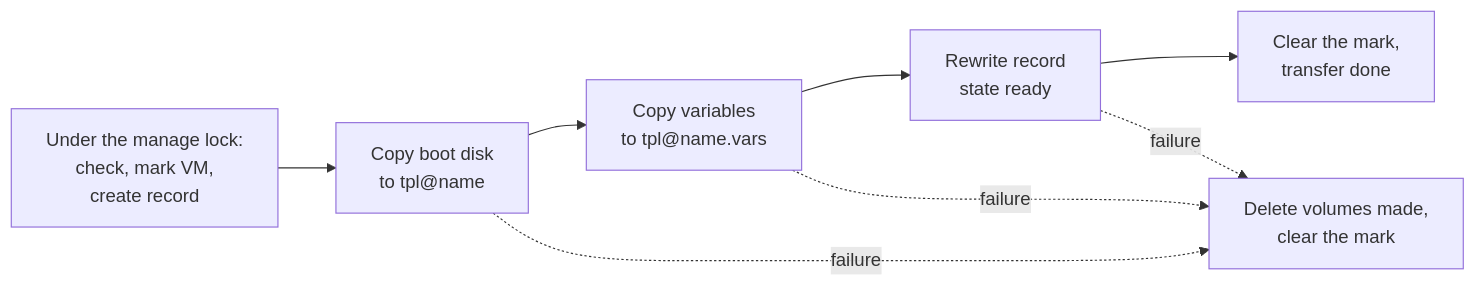
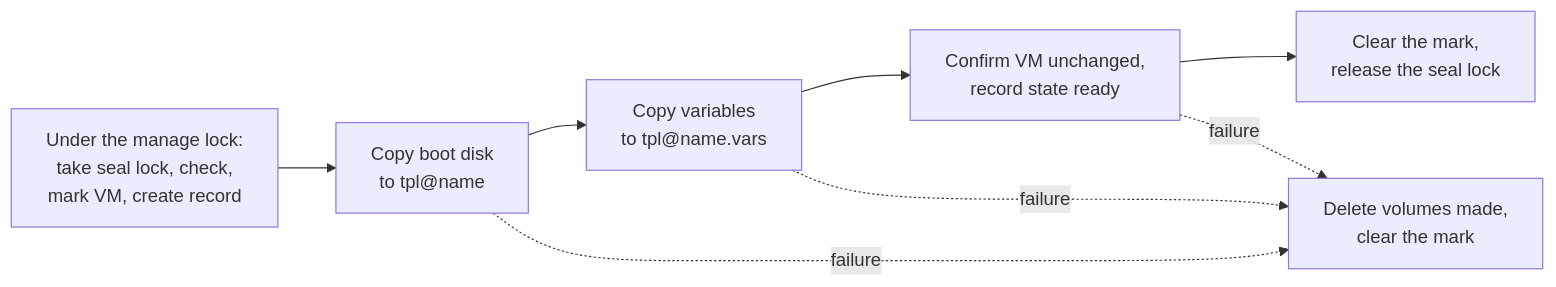
The diagram in docs/plans/custom-templates-design.md (jonatsu/virt-manager-mcp), drawn with Mermaid before and after one commit. The commit also changed other lines of this file, not shown here.

First line of the commit message:
docs(plans): settle the architecture review of the custom templates design

````diff
--- a/docs/plans/custom-templates-design.md
+++ b/docs/plans/custom-templates-design.md
@@ -90,10 +107,10 @@
 ```mermaid
 flowchart LR
-  A[Under the manage lock:<br/>check, mark VM,<br/>create record] --> B[Copy boot disk<br/>to tpl@name]
+  A[Under the manage lock:<br/>take seal lock, check,<br/>mark VM, create record] --> B[Copy boot disk<br/>to tpl@name]
   B --> C[Copy variables<br/>to tpl@name.vars]
-  C --> D[Rewrite record<br/>state ready]
-  D --> E[Clear the mark,<br/>transfer done]
+  C --> D[Confirm VM unchanged,<br/>record state ready]
+  D --> E[Clear the mark,<br/>release the seal lock]
   B -. failure .-> X[Delete volumes made,<br/>clear the mark]
   C -. failure .-> X
   D -. failure .-> X
 ```
````
